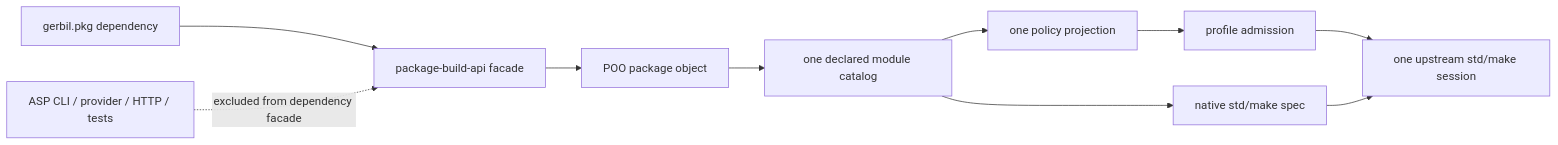
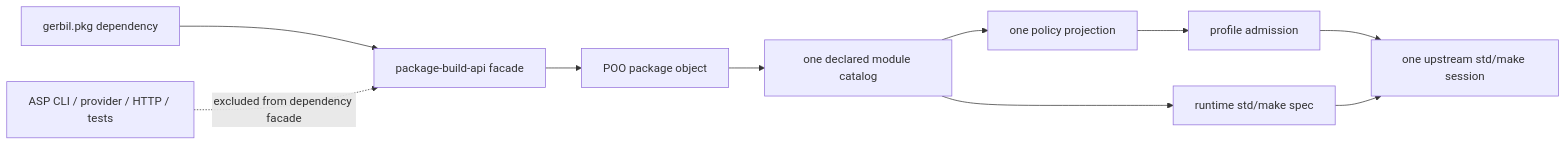
Before and after one commit to tao3k/gebril-yuanxu: the second of 3 diagrams in module-system/design/147-adaptive-scheme-build-guard/17-build-api-cutover-closure.org, drawn with Mermaid. The commit also changed other lines of this file and 1469 other files, not shown here.

```diff
--- a/module-system/design/147-adaptive-scheme-build-guard/17-build-api-cutover-closure.org
+++ b/module-system/design/147-adaptive-scheme-build-guard/17-build-api-cutover-closure.org
@@ -81,13 +81,13 @@
 #+begin_src mermaid
 flowchart LR
   Dep[gerbil.pkg dependency] --> API[package-build-api facade]
   API --> Package[POO package object]
   Package --> Catalog[one declared module catalog]
   Catalog --> Policy[one policy projection]
-  Catalog --> Spec[native std/make spec]
+  Catalog --> Spec[runtime std/make spec]
   Policy --> Admission[profile admission]
   Admission --> Make[one upstream std/make session]
   Spec --> Make
 
   Product[ASP CLI / provider / HTTP / tests] -. excluded from dependency facade .-> API
 #+end_src
```
